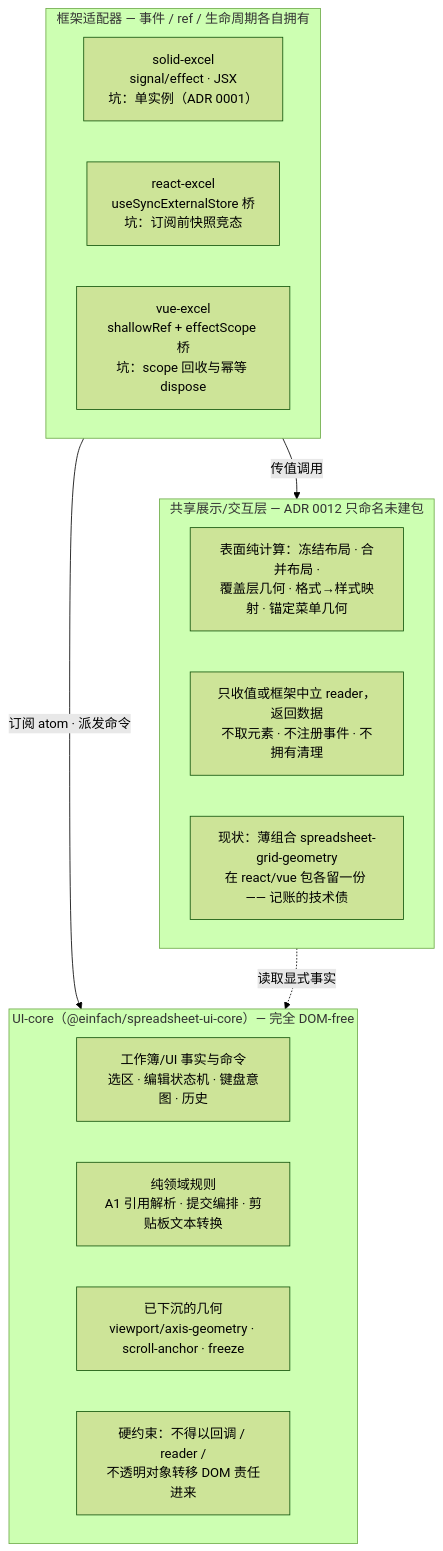
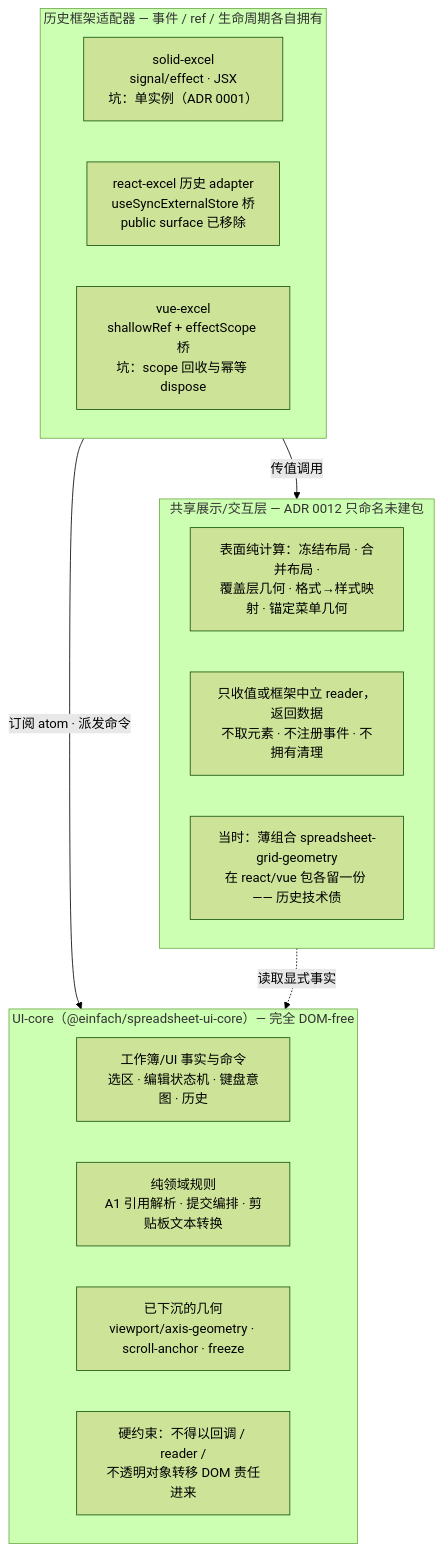
One commit to allroad88888888/einfach-excel changed the second of 5 diagrams in docs/content/article5-diagrams.md. Above: the diagram before and after it, drawn with Mermaid (forest theme). The commit also changed other lines of this file and 90 other files, not shown here.

Commit message:
refactor(react-excel): remove legacy adapter surface

````diff
--- a/docs/content/article5-diagrams.md
+++ b/docs/content/article5-diagrams.md
@@ -7,25 +20,25 @@
 ```mermaid
 flowchart TB
     subgraph L1["UI-core（@einfach/spreadsheet-ui-core）— 完全 DOM-free"]
         F1[工作簿/UI 事实与命令<br/>选区 · 编辑状态机 · 键盘意图 · 历史]
         F2[纯领域规则<br/>A1 引用解析 · 提交编排 · 剪贴板文本转换]
         F3[已下沉的几何<br/>viewport/axis-geometry · scroll-anchor · freeze]
         NOTE1[硬约束：不得以回调 / reader /<br/>不透明对象转移 DOM 责任进来]
     end
 
     subgraph L2["共享展示/交互层 — ADR 0012 只命名未建包"]
         S1[表面纯计算：冻结布局 · 合并布局 ·<br/>覆盖层几何 · 格式→样式映射 · 锚定菜单几何]
         S2[只收值或框架中立 reader，返回数据<br/>不取元素 · 不注册事件 · 不拥有清理]
-        S3[现状：薄组合 spreadsheet-grid-geometry<br/>在 react/vue 包各留一份 —— 记账的技术债]
+        S3[当时：薄组合 spreadsheet-grid-geometry<br/>在 react/vue 包各留一份 —— 历史技术债]
     end
 
-    subgraph L3["框架适配器 — 事件 / ref / 生命周期各自拥有"]
+    subgraph L3["历史框架适配器 — 事件 / ref / 生命周期各自拥有"]
         SOLID[solid-excel<br/>signal/effect · JSX<br/>坑：单实例（ADR 0001）]
-        REACT[react-excel<br/>useSyncExternalStore 桥<br/>坑：订阅前快照竞态]
+        REACT[react-excel 历史 adapter<br/>useSyncExternalStore 桥<br/>public surface 已移除]
         VUE[vue-excel<br/>shallowRef + effectScope 桥<br/>坑：scope 回收与幂等 dispose]
     end
 
     L3 -->|订阅 atom · 派发命令| L1
     L3 -->|传值调用| L2
     L2 -.->|读取显式事实| L1
 ```
````
